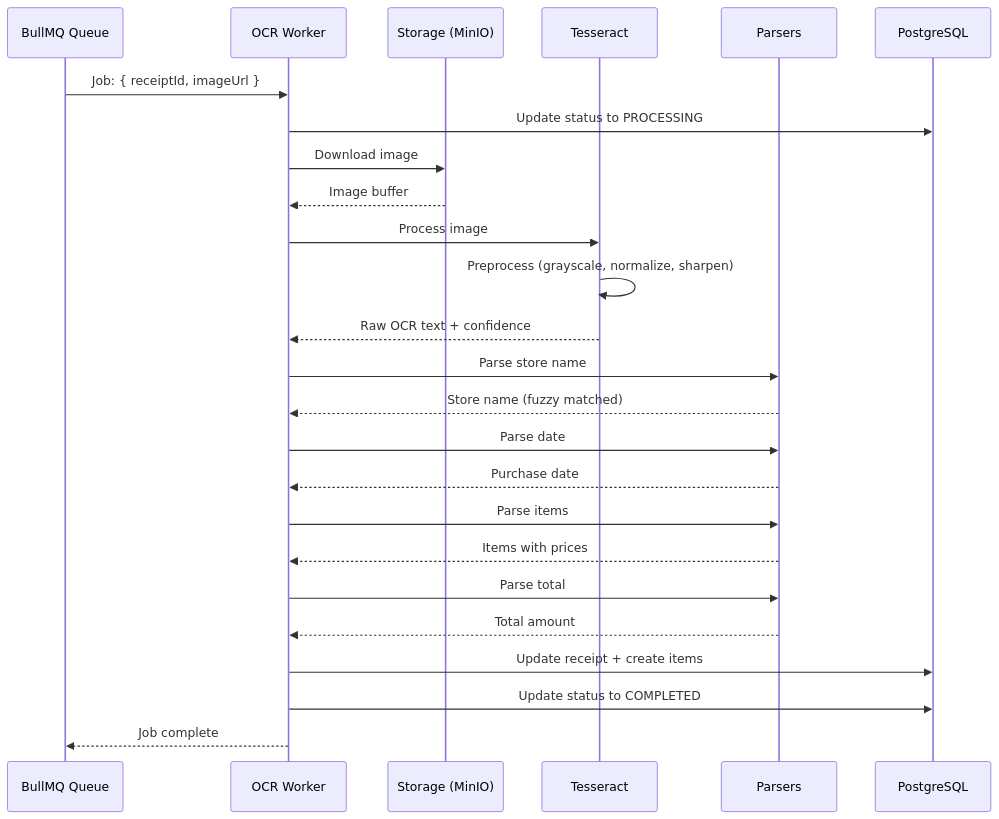
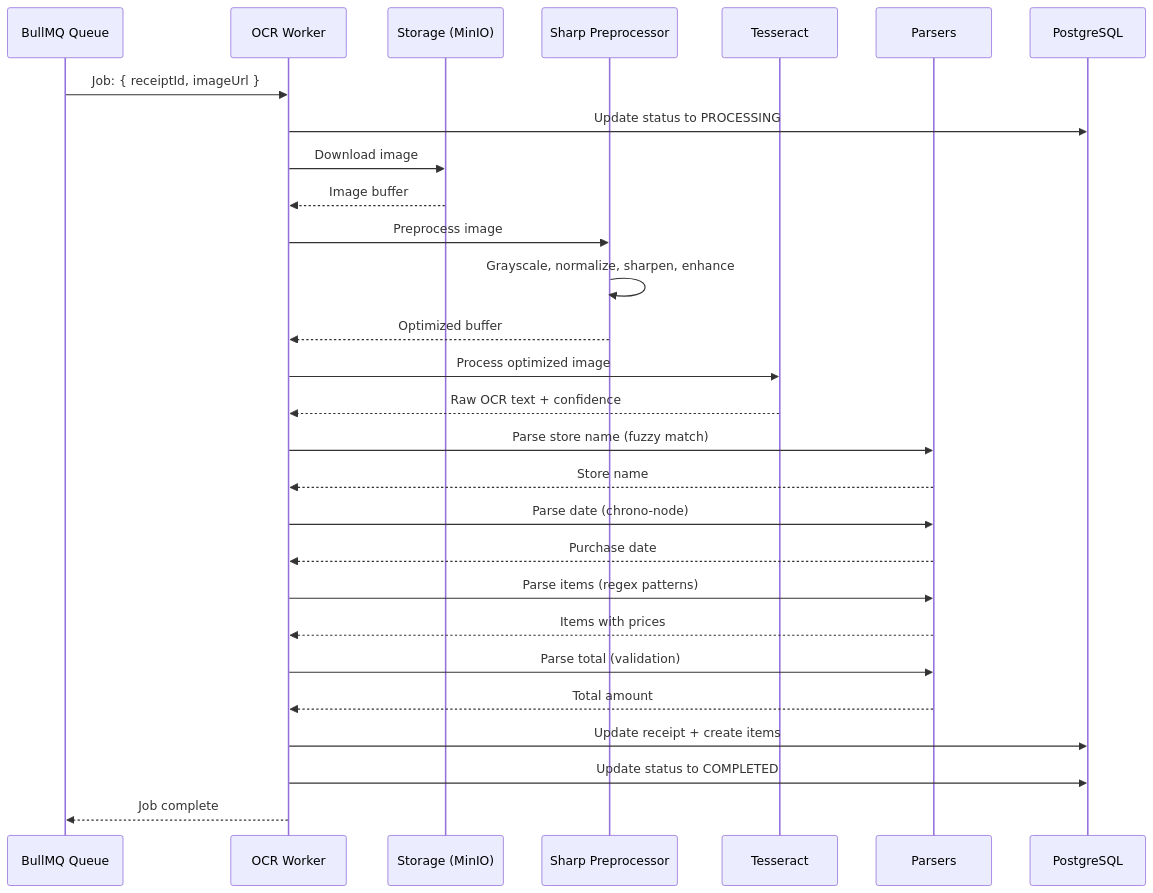
One commit to mpwg/Pricey changed the second of 5 diagrams in docs/ARCHITECTURE-CURRENT.md. Above: the diagram before and after it, drawn with Mermaid. The commit also changed other lines of this file and 1 other file, not shown here.

````diff
--- a/docs/ARCHITECTURE-CURRENT.md
+++ b/docs/ARCHITECTURE-CURRENT.md
@@ -189,28 +198,31 @@
 ```mermaid
 sequenceDiagram
     participant Q as BullMQ Queue
     participant W as OCR Worker
     participant S as Storage (MinIO)
+    participant Sharp as Sharp Preprocessor
     participant T as Tesseract
     participant P as Parsers
     participant DB as PostgreSQL
 
     Q->>W: Job: { receiptId, imageUrl }
     W->>DB: Update status to PROCESSING
     W->>S: Download image
     S-->>W: Image buffer
-    W->>T: Process image
-    T->>T: Preprocess (grayscale, normalize, sharpen)
+    W->>Sharp: Preprocess image
+    Sharp->>Sharp: Grayscale, normalize, sharpen, enhance
+    Sharp-->>W: Optimized buffer
+    W->>T: Process optimized image
     T-->>W: Raw OCR text + confidence
-    W->>P: Parse store name
-    P-->>W: Store name (fuzzy matched)
-    W->>P: Parse date
+    W->>P: Parse store name (fuzzy match)
+    P-->>W: Store name
+    W->>P: Parse date (chrono-node)
     P-->>W: Purchase date
-    W->>P: Parse items
+    W->>P: Parse items (regex patterns)
     P-->>W: Items with prices
-    W->>P: Parse total
+    W->>P: Parse total (validation)
     P-->>W: Total amount
     W->>DB: Update receipt + create items
     W->>DB: Update status to COMPLETED
     W-->>Q: Job complete
 ```
````
